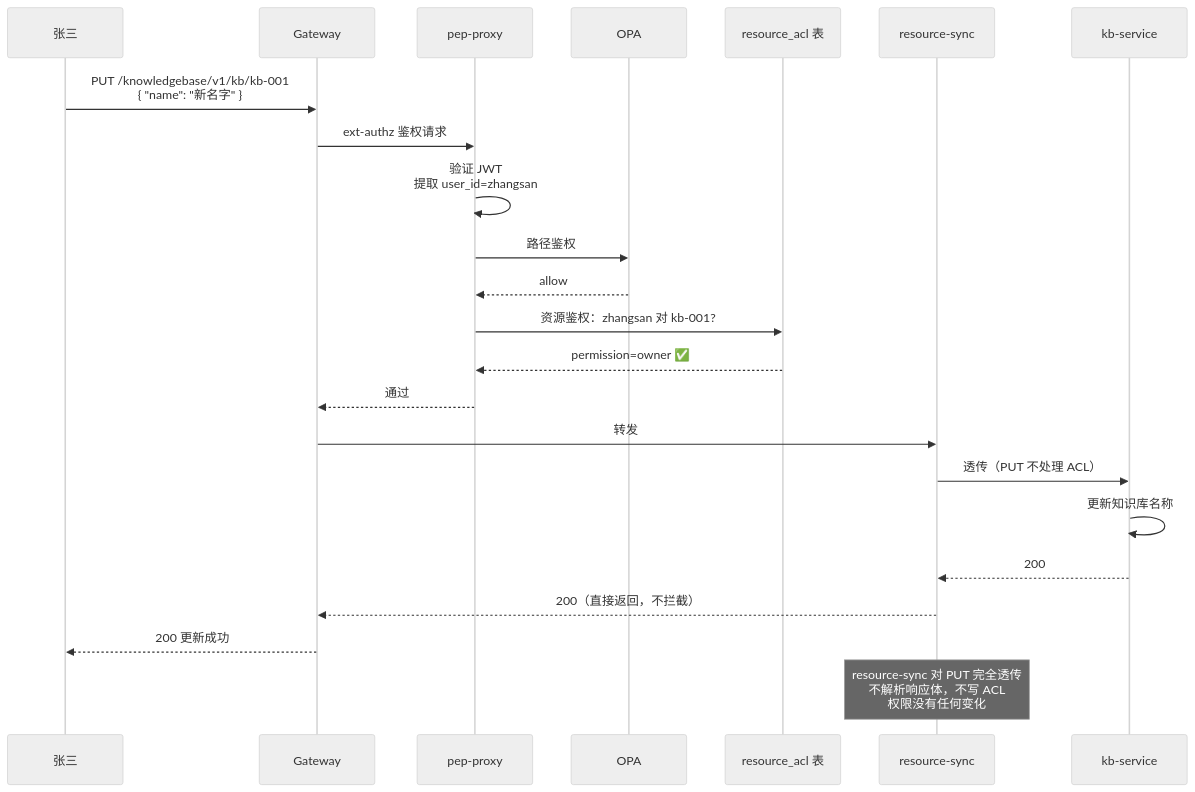
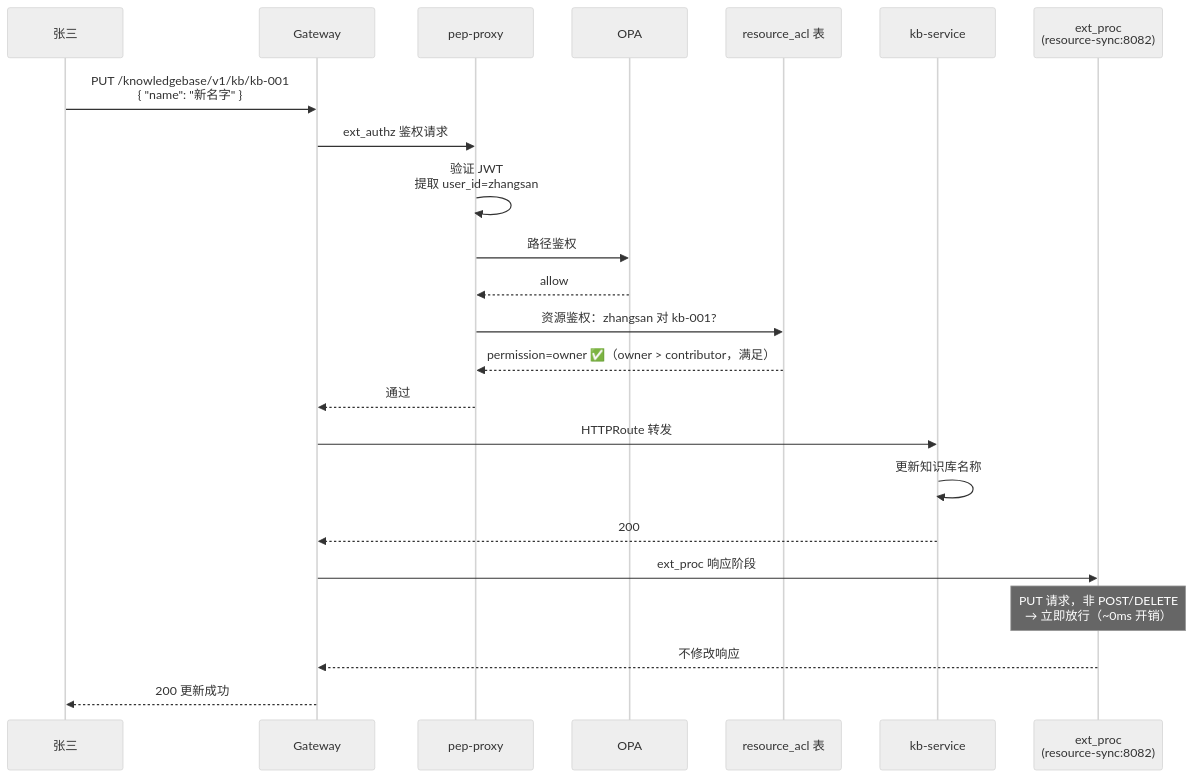
Before and after one commit to xiewanchao/aidp-iam: the second of 15 diagrams in diagrams/request-flow.md, drawn with Mermaid (neutral theme). The commit also changed other lines of this file and 5 other files, not shown here.

````diff
--- a/diagrams/request-flow.md
+++ b/diagrams/request-flow.md
@@ -51,29 +57,30 @@
 ```mermaid
 sequenceDiagram
     participant U as 张三
     participant GW as Gateway
     participant PEP as pep-proxy
     participant OPA as OPA
     participant DB as resource_acl 表
-    participant RS as resource-sync
     participant KB as kb-service
+    participant EP as ext_proc<br/>(resource-sync:8082)
 
     U->>GW: PUT /knowledgebase/v1/kb/kb-001<br/>{ "name": "新名字" }
-    GW->>PEP: ext-authz 鉴权请求
+    GW->>PEP: ext_authz 鉴权请求
 
     PEP->>PEP: 验证 JWT<br/>提取 user_id=zhangsan
     PEP->>OPA: 路径鉴权
     OPA-->>PEP: allow
     PEP->>DB: 资源鉴权：zhangsan 对 kb-001?
-    DB-->>PEP: permission=owner ✅
+    DB-->>PEP: permission=owner ✅（owner > contributor，满足）
 
     PEP-->>GW: 通过
-    GW->>RS: 转发
-    RS->>KB: 透传（PUT 不处理 ACL）
+    GW->>KB: HTTPRoute 转发
     KB->>KB: 更新知识库名称
-    KB-->>RS: 200
-    RS-->>GW: 200（直接返回，不拦截）
+    KB-->>GW: 200
+
+    GW->>EP: ext_proc 响应阶段
+    Note over EP: PUT 请求，非 POST/DELETE<br/>→ 立即放行（~0ms 开销）
+    EP-->>GW: 不修改响应
+
     GW-->>U: 200 更新成功
-
-    Note over RS: resource-sync 对 PUT 完全透传<br/>不解析响应体，不写 ACL<br/>权限没有任何变化
 ```
````
